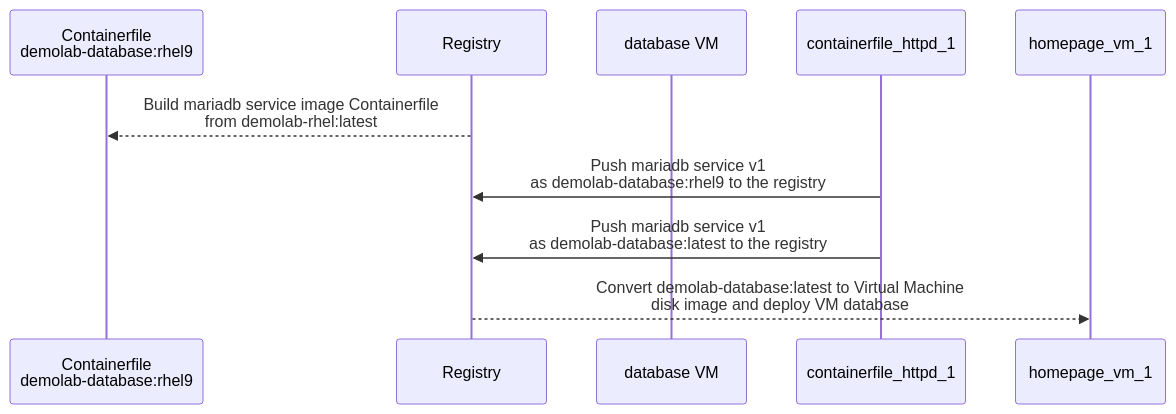
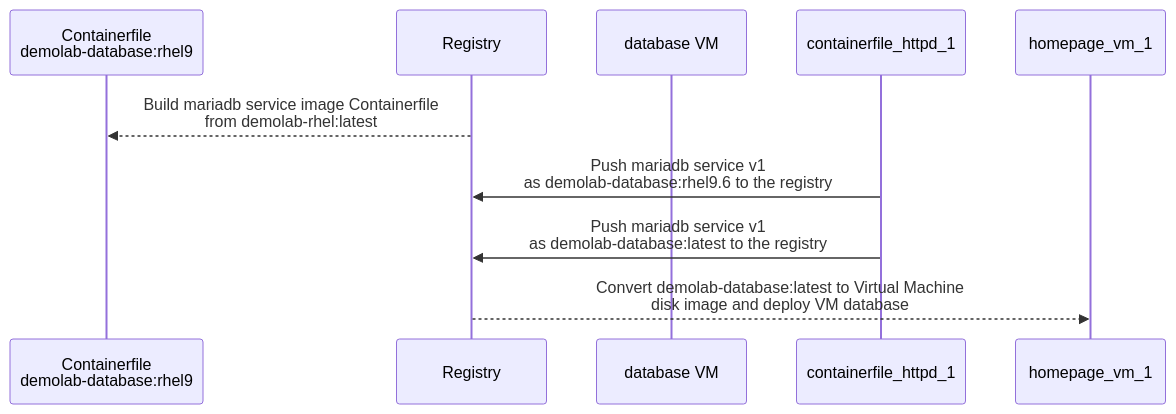
Before and after one commit to jvdbreggen/imagemodedemo: the eighth of 11 diagrams in README.md, drawn with Mermaid. The commit also changed other lines of this file, not shown here.

Commit message:
New diagrams, fix errors and add more comments

````diff
--- a/README.md
+++ b/README.md
@@ -525,13 +647,13 @@
 ```mermaid
 sequenceDiagram
     %% Actors
     participant containerfile_database_1 as Containerfile<br/>demolab-database:rhel9
     participant registry as Registry
     participant database_vm_1 as database VM
 
     %% MainVM Creationsu workflow
     registry-->>containerfile_database_1: Build mariadb service image Containerfile<br/>from demolab-rhel:latest
-    containerfile_httpd_1->>registry: Push mariadb service v1<br/>as demolab-database:rhel9 to the registry
+    containerfile_httpd_1->>registry: Push mariadb service v1<br/>as demolab-database:rhel9.6 to the registry
     containerfile_httpd_1->>registry: Push mariadb service v1<br/>as demolab-database:latest to the registry
     registry-->>homepage_vm_1: Convert demolab-database:latest to Virtual Machine<br/> disk image and deploy VM database
 ```
````
